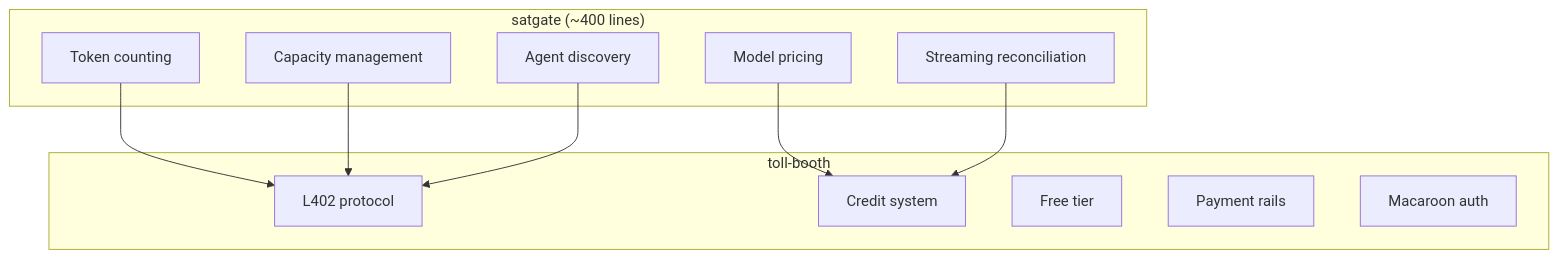
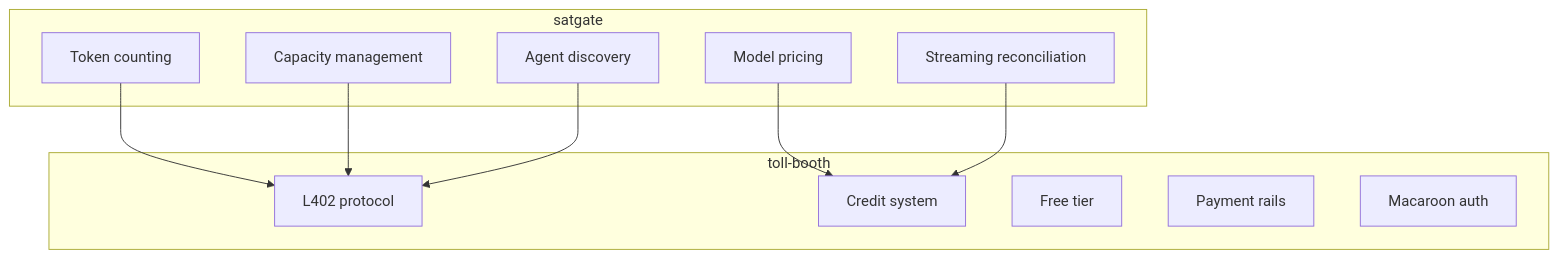
Before and after one commit to TheCryptoDonkey/satgate: the second of 3 diagrams in README.md, drawn with Mermaid. The commit also changed other lines of this file and 45 other files, not shown here.

````diff
--- a/README.md
+++ b/README.md
@@ -102,22 +104,22 @@
 ```mermaid
 graph TB
-    subgraph "satgate (~400 lines)"
+    subgraph "satgate"
         TC[Token counting]
         MP[Model pricing]
         SR[Streaming reconciliation]
         CM[Capacity management]
         AD[Agent discovery]
     end
     subgraph "toll-booth"
         L402[L402 protocol]
         CR[Credit system]
         FT[Free tier]
         PR[Payment rails]
         MA[Macaroon auth]
     end
     TC --> L402
     MP --> CR
     SR --> CR
     CM --> L402
     AD --> L402
 ```
````
